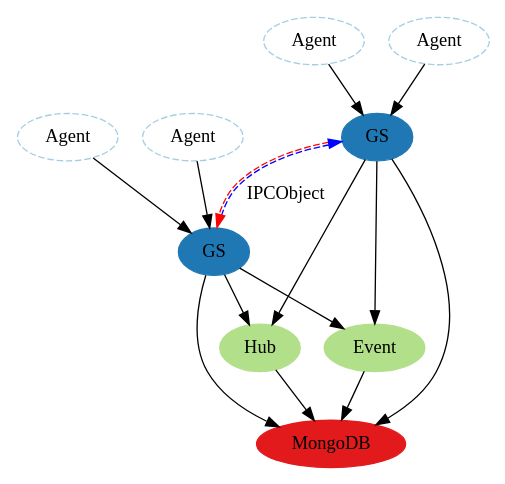
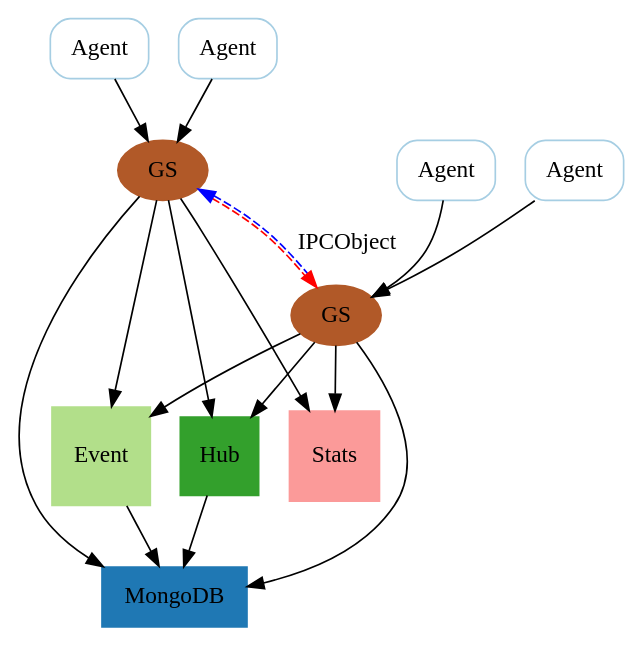
The diagram in arch.dot (xtaci/gonet), drawn with Graphviz before and after one commit. The commit also changed 1 other file, not shown here.

```diff
--- a/arch.dot
+++ b/arch.dot
@@ -1,27 +1,29 @@
 digraph G {
-	size = "4,4";
 	node [colorscheme=paired12];
 
-	Agent1 [label=Agent style=dashed color=1];
-	Agent2 [label=Agent style=dashed color=1];
-	Agent3 [label=Agent style=dashed color=1];
-	Agent4 [label=Agent style=dashed color=1];
+	Agent1 [label=Agent style=rounded shape=rect color=1];
+	Agent2 [label=Agent style=rounded  shape=rect color=1];
+	Agent3 [label=Agent style=rounded  shape=rect color=1];
+	Agent4 [label=Agent style=rounded  shape=rect color=1];
 	Agent1->GS1;
 	Agent2->GS1;
 	Agent3->GS2;
 	Agent4->GS2;
-	GS1 [label=GS style=filled color=2];
-	GS2 [label=GS style=filled color=2];
-	Event [style=filled color=3];
-	Hub [style=filled color=3];
+	GS1 [label=GS style=filled color=12];
+	GS2 [label=GS style=filled color=12];
+	Event [style=filled shape=square color=3];
+	Hub [style=filled shape=square color=4];
+	Stats [style=filled shape=square color=5];
 	GS1->Hub;
 	GS2->Hub;
 	GS1->Event;
 	GS2->Event; 
+	GS1->Stats;
+	GS2->Stats; 
 	GS1->GS2 [dir=both label=IPCObject style=dashed color="red:blue"];
-	MongoDB [style=filled color=6];
+	MongoDB [style=filled shape=rect color=2];
 	Hub->MongoDB;
 	Event->MongoDB;
 	GS1->MongoDB;
 	GS2->MongoDB;
 }
```
